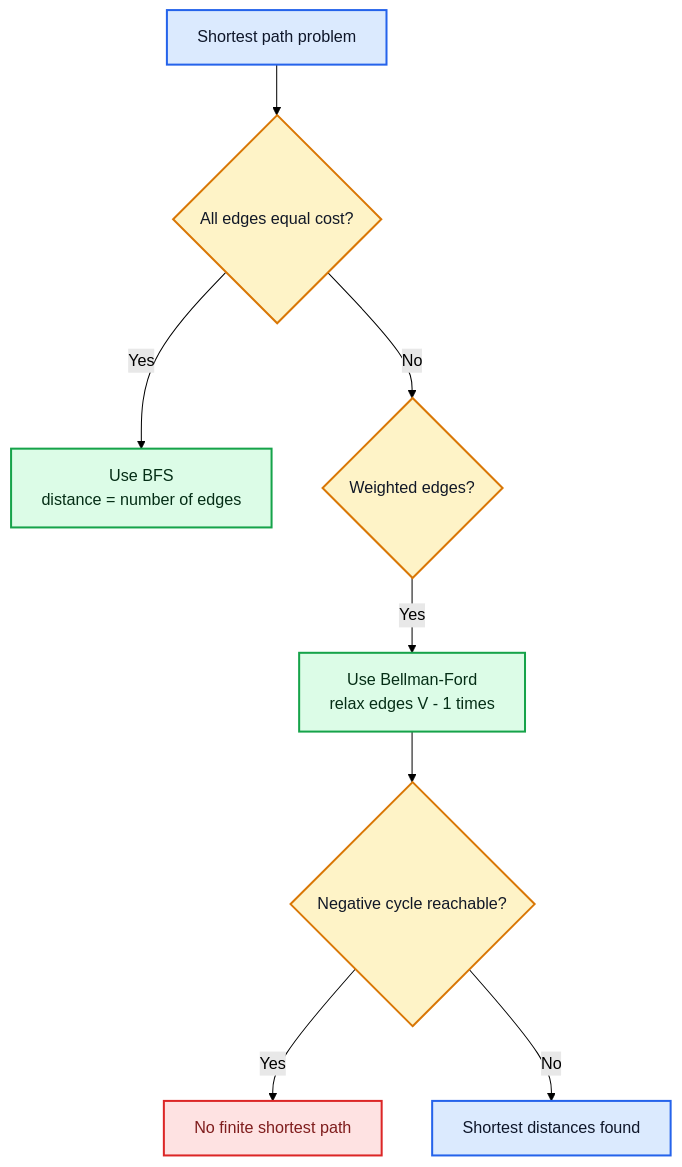
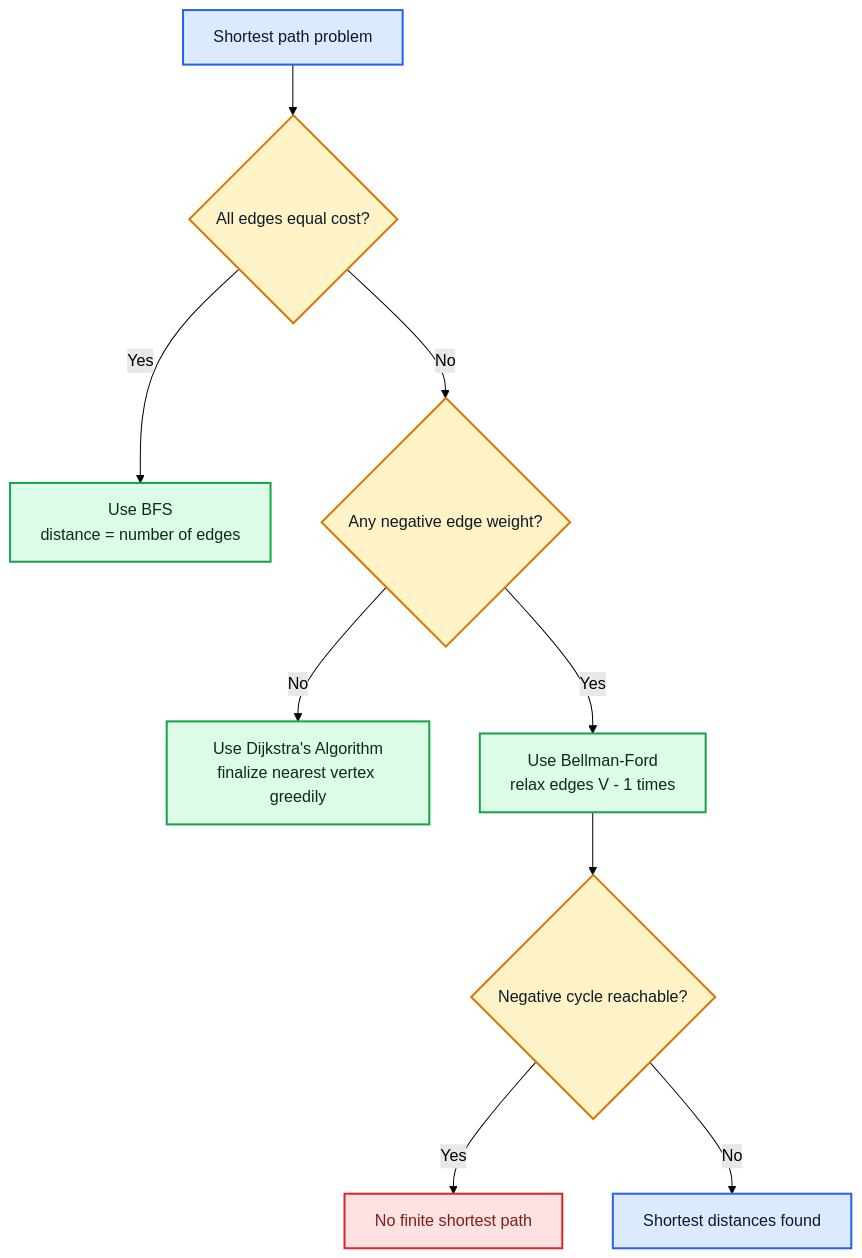
One commit to M-F-Tushar/CSE-2201-2202-Algorithm-Design-and-Analysis-Sessional changed the sixth of 21 diagrams in Chapter 11 - Graph Algorithms/README.md. Above: the diagram before and after it, drawn with Mermaid (forest theme). The commit also changed other lines of this file and 3 other files, not shown here.

````diff
--- a/Chapter 11 - Graph Algorithms/README.md
+++ b/Chapter 11 - Graph Algorithms/README.md
@@ -435,19 +442,20 @@
 ```mermaid
 flowchart TD
 	Start["Shortest path problem"] --> Unweighted{"All edges equal cost?"}
 	Unweighted -->|Yes| BFS["Use BFS<br/>distance = number of edges"]
-	Unweighted -->|No| Weighted{"Weighted edges?"}
-	Weighted -->|Yes| BF["Use Bellman-Ford<br/>relax edges V - 1 times"]
+	Unweighted -->|No| Negative{"Any negative edge weight?"}
+	Negative -->|No| Dijkstra["Use Dijkstra's Algorithm<br/>finalize nearest vertex greedily"]
+	Negative -->|Yes| BF["Use Bellman-Ford<br/>relax edges V - 1 times"]
 	BF --> Cycle{"Negative cycle reachable?"}
 	Cycle -->|Yes| Bad["No finite shortest path"]
 	Cycle -->|No| Dist["Shortest distances found"]
 
 	classDef decision fill:#fef3c7,stroke:#d97706,stroke-width:2px,color:#111827;
 	classDef algo fill:#dcfce7,stroke:#16a34a,stroke-width:2px,color:#052e16;
 	classDef warn fill:#fee2e2,stroke:#dc2626,stroke-width:2px,color:#7f1d1d;
 	classDef result fill:#dbeafe,stroke:#2563eb,stroke-width:2px,color:#0f172a;
 	class Start,Dist result;
-	class Unweighted,Weighted,Cycle decision;
-	class BFS,BF algo;
+	class Unweighted,Negative,Cycle decision;
+	class BFS,Dijkstra,BF algo;
 	class Bad warn;
 ```
````
